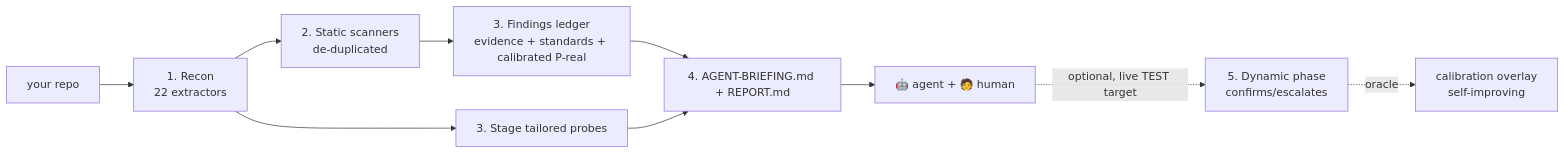
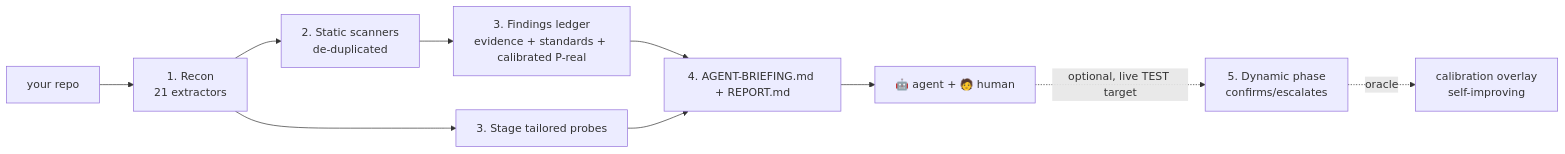
One commit to raccioly/websec-validator changed the diagram in docs-canonical/ARCHITECTURE.md. Above: the diagram before and after it, drawn with Mermaid. The commit also changed other lines of this file and 5 other files, not shown here.

````diff
--- a/docs-canonical/ARCHITECTURE.md
+++ b/docs-canonical/ARCHITECTURE.md
@@ -135,12 +135,12 @@
 ```mermaid
 graph LR
-    R[your repo] --> A[1. Recon<br/>22 extractors]
+    R[your repo] --> A[1. Recon<br/>21 extractors]
     A --> B[2. Static scanners<br/>de-duplicated]
     B --> C[3. Findings ledger<br/>evidence + standards + calibrated P-real]
     A --> D[3. Stage tailored probes]
     C --> E[4. AGENT-BRIEFING.md + REPORT.md]
     D --> E
     E --> F[🤖 agent + 🧑 human]
     F -. optional, live TEST target .-> G[5. Dynamic phase<br/>confirms/escalates] 
     G -. oracle .-> H[calibration overlay<br/>self-improving]
 ```
````
